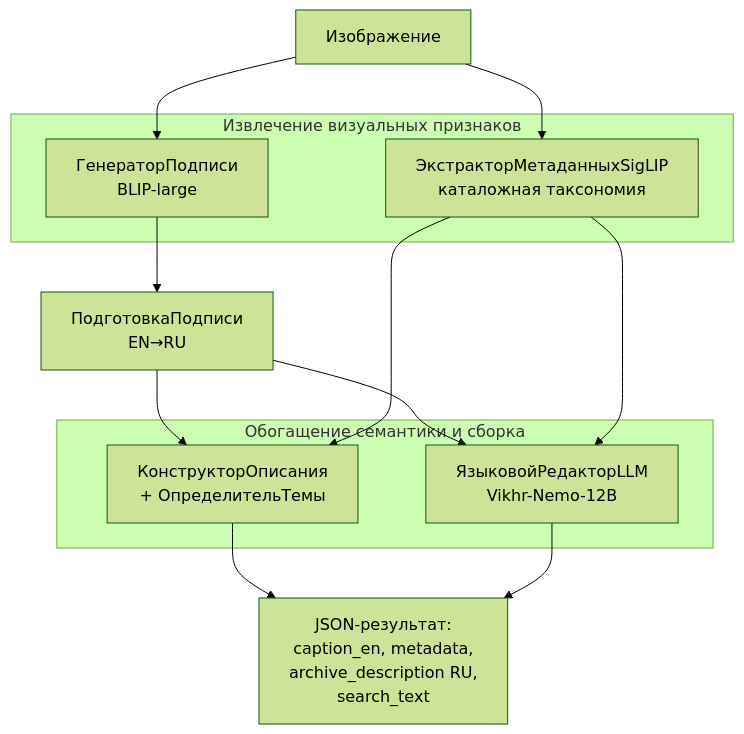
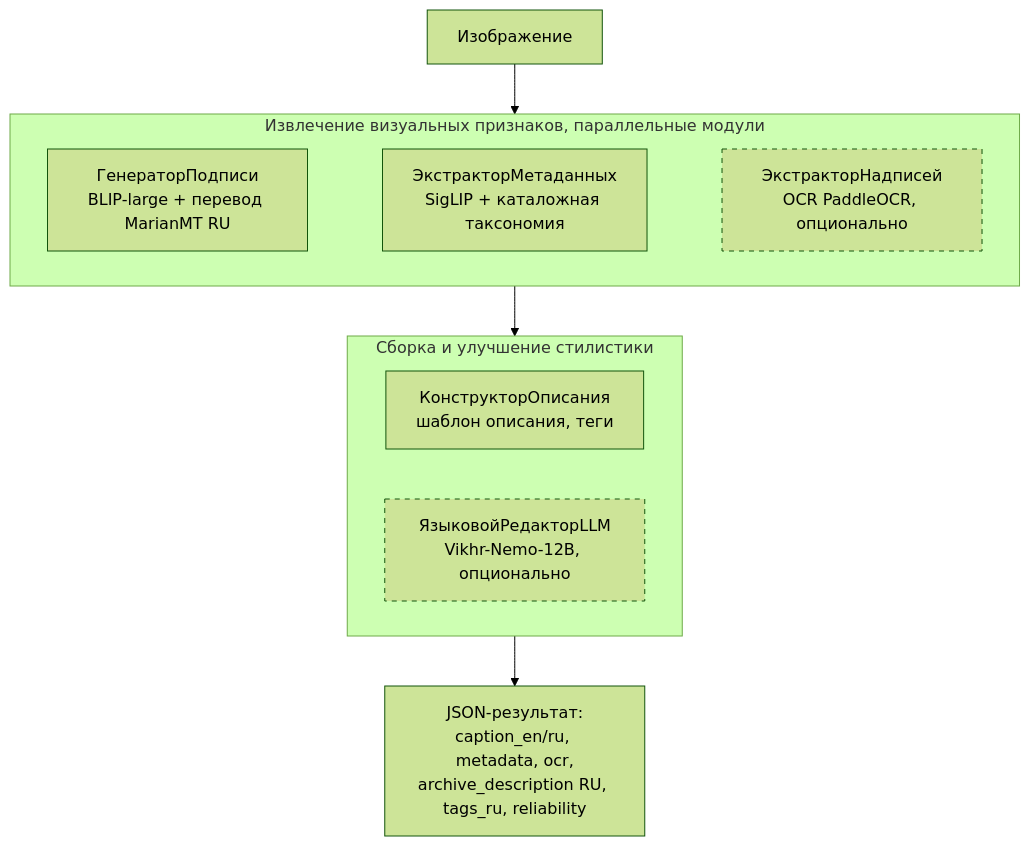
One commit to azat-khatyn/tsu-image-description changed the diagram in README.md. Above: the diagram before and after it, drawn with Mermaid (forest theme). The commit also changed other lines of this file and 50 other files, not shown here.

````diff
--- a/README.md
+++ b/README.md
@@ -31,27 +33,26 @@
 ```mermaid
 flowchart TD
     IMG[Изображение]
 
-    subgraph CV [Извлечение визуальных признаков]
-        BLIP[ГенераторПодписи<br/>BLIP-large]
-        SigLIP[ЭкстракторМетаданныхSigLIP<br/>каталожная таксономия]
+    subgraph REC [Извлечение визуальных признаков, параллельные модули]
+        direction LR
+        BLIP[ГенераторПодписи<br/>BLIP-large + перевод MarianMT RU]
+        SigLIP[ЭкстракторМетаданных<br/>SigLIP + каталожная таксономия]
+        OCR[ЭкстракторНадписей<br/>OCR PaddleOCR, опционально]
+        BLIP ~~~ SigLIP ~~~ OCR
     end
 
-    POSTCAP[ПодготовкаПодписи<br/>EN→RU]
+    subgraph SEM [Сборка и улучшение стилистики]
+        BUILD[КонструкторОписания<br/>шаблон описания, теги]
+        LLM[ЯзыковойРедакторLLM<br/>Vikhr-Nemo-12B, опционально]
+    end
+    OUT[JSON-результат:<br/>caption_en/ru, metadata, ocr,<br/>archive_description RU, tags_ru, reliability]
 
-    subgraph SEM [Обогащение семантики и сборка]
-        BUILD[КонструкторОписания<br/>+ ОпределительТемы]
-        LLM[ЯзыковойРедакторLLM<br/>Vikhr-Nemo-12B]
-    end
+    IMG --> REC
+    REC --> SEM
+    SEM --> OUT
 
-    OUT[JSON-результат:<br/>caption_en, metadata,<br/>archive_description RU,<br/>search_text]
-
-    IMG --> BLIP --> POSTCAP
-    IMG --> SigLIP
-    POSTCAP --> BUILD
-    POSTCAP --> LLM
-    SigLIP --> BUILD
-    SigLIP --> LLM
-    BUILD --> OUT
-    LLM --> OUT
+    %% опциональные компоненты — пунктирная рамка
+    style OCR stroke-dasharray: 5 5
+    style LLM stroke-dasharray: 5 5
 ```
````
